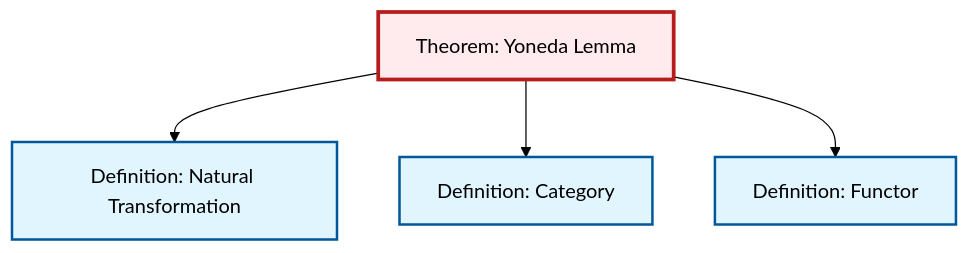
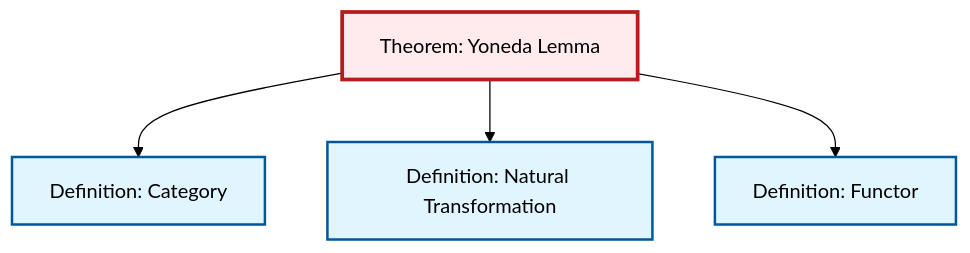
The diagram in content/en/category-theory/thm-yoneda.qmd (RK0429/ModernMath), drawn with Mermaid (forest theme) before and after one commit. The commit also changed other lines of this file and 672 other files, not shown here.

````diff
--- a/content/en/category-theory/thm-yoneda.qmd
+++ b/content/en/category-theory/thm-yoneda.qmd
@@ -88,20 +88,20 @@
 ```{mermaid}
 %%| fig-cap: "Local dependency graph"
 graph TD
     classDef definition fill:#e1f5fe,stroke:#01579b,stroke-width:2px
     classDef theorem fill:#f3e5f5,stroke:#4a148c,stroke-width:2px
     classDef axiom fill:#fff3e0,stroke:#e65100,stroke-width:2px
     classDef example fill:#e8f5e9,stroke:#1b5e20,stroke-width:2px
     classDef current fill:#ffebee,stroke:#b71c1c,stroke-width:3px
+    def-functor["Definition: Functor"]:::definition
+    def-natural-transformation["Definition: Natural Transformation"]:::definition
+    def-category["Definition: Category"]:::definition
     thm-yoneda["Theorem: Yoneda Lemma"]:::theorem
-    def-category["Definition: Category"]:::definition
-    def-natural-transformation["Definition: Natural Transformation"]:::definition
-    def-functor["Definition: Functor"]:::definition
+    thm-yoneda --> def-category
     thm-yoneda --> def-natural-transformation
-    thm-yoneda --> def-category
     thm-yoneda --> def-functor
     class thm-yoneda current
+    click def-functor "def-functor.html" "Go to Functor definition"
+    click def-natural-transformation "def-natural-transformation.html" "Go to Natural Transformation definition"
     click def-category "def-category.html" "Go to Category definition"
-    click def-natural-transformation "def-natural-transformation.html" "Go to Natural Transformation definition"
-    click def-functor "def-functor.html" "Go to Functor definition"
 ```
````
